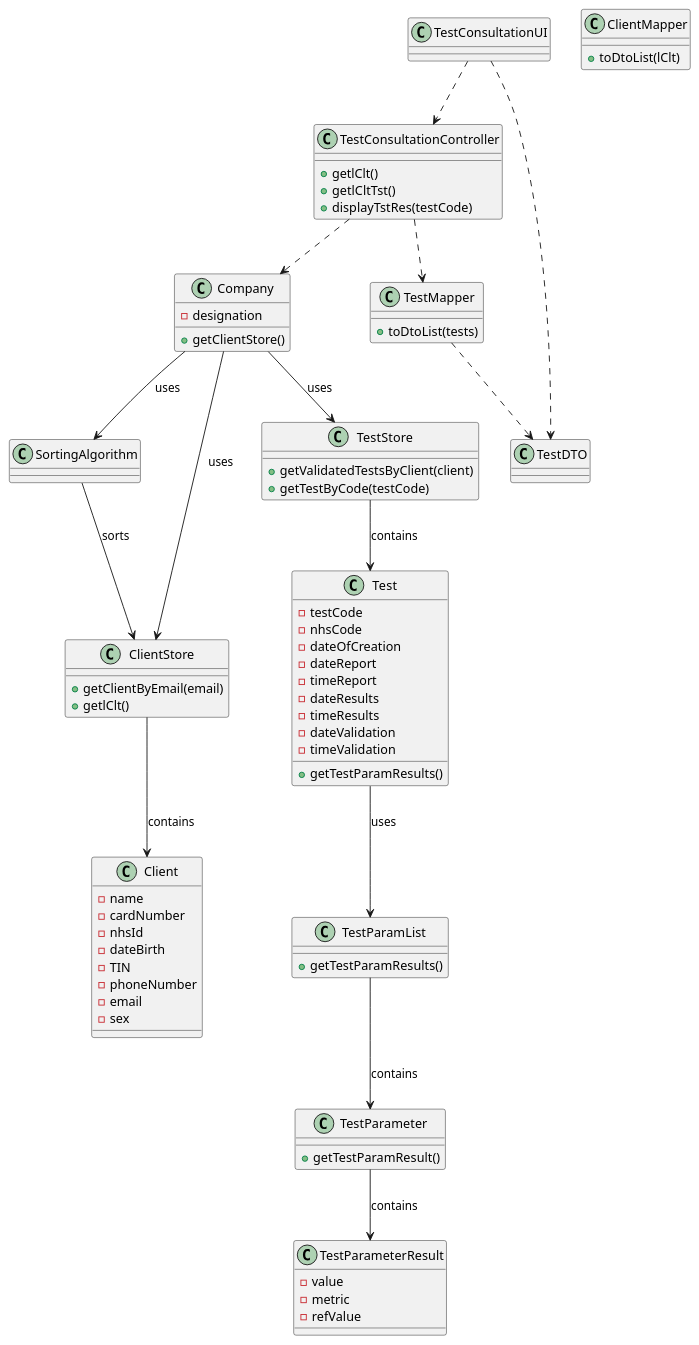
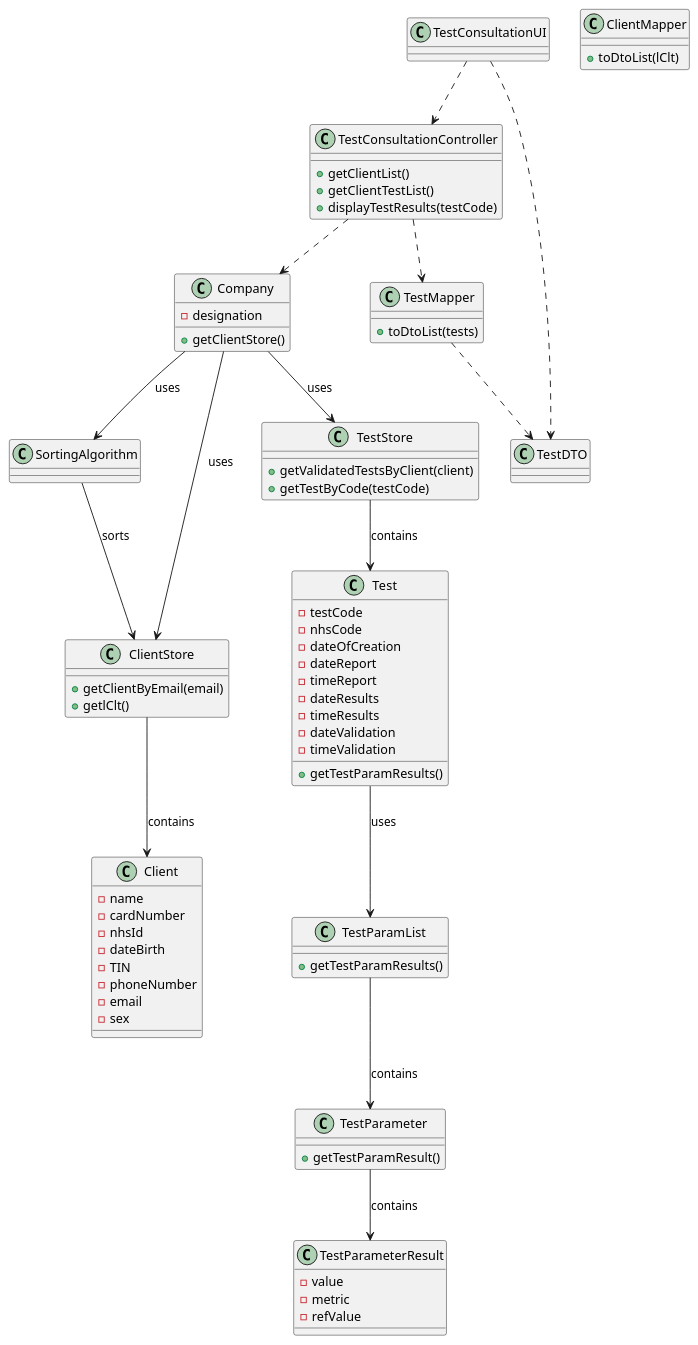
The diagram in docs/SprintD/US13/US13_CD.puml (MadDinosaur/ISEP-LAPR2), drawn with PlantUML before and after one commit. The commit also changed 2 other files, not shown here.

Commit message:
US13 - Code implementation

```diff
--- a/docs/SprintD/US13/US13_CD.puml
+++ b/docs/SprintD/US13/US13_CD.puml
@@ -1,94 +1,94 @@
 @startuml
 
 class TestConsultationUI
 
 class TestConsultationController{
-+getlClt()
-+getlCltTst()
-+displayTstRes(testCode)
++getClientList()
++getClientTestList()
++displayTestResults(testCode)
 
 
 }
 
 class Client {
 - name
 - cardNumber
 - nhsId
 - dateBirth
 - TIN
 - phoneNumber
 - email
 - sex
 }
 
 class Company{
 -designation
 
 +getClientStore()
 }
 
 class SortingAlgorithm{
 
 }
 
 class ClientStore {
 + getClientByEmail(email)
 + getlClt()
 }
 
 class TestStore {
 + getValidatedTestsByClient(client)
 + getTestByCode(testCode)
 }
 
 class Test {
 - testCode
 - nhsCode
 - dateOfCreation
 - dateReport
 - timeReport
 - dateResults
 - timeResults
 - dateValidation
 - timeValidation
 + getTestParamResults()
 }
 
 class ClientMapper{
 + toDtoList(lClt)
 }
 
 class TestMapper {
 + toDtoList(tests)
 }
 
 class TestParamList {
 + getTestParamResults()
 }
 
 class TestParameter {
 + getTestParamResult()
 }
 
 class TestParameterResult {
 - value
 - metric
 - refValue
 }
 
 TestConsultationUI ..> TestConsultationController
 TestConsultationUI ..> TestDTO
 TestConsultationController ..> TestMapper
 TestMapper ..> TestDTO
 TestConsultationController ..> Company
 Company --> ClientStore : uses
 Company --> SortingAlgorithm : uses
 SortingAlgorithm --> ClientStore : sorts
 ClientStore --> Client : contains
 Company --> TestStore : uses
 TestStore --> Test : contains
 Test --> TestParamList : uses
 TestParamList --> TestParameter : contains
 TestParameter --> TestParameterResult : contains
 
 @enduml
```
